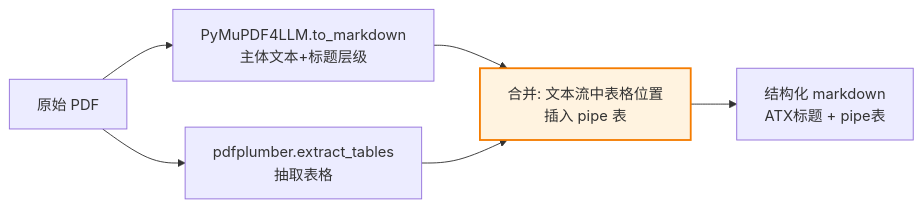
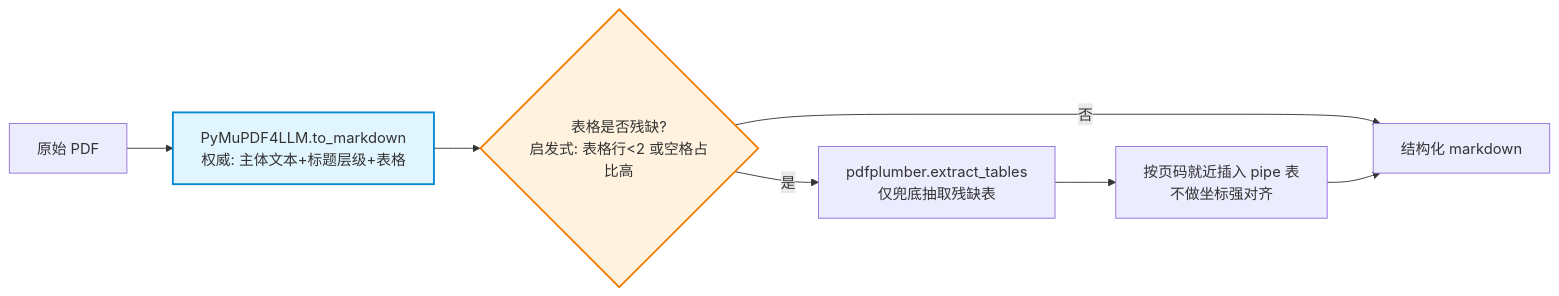
One commit to Laughingtt/kb-retrieval-sys changed the first of 8 diagrams in docs/superpowers/specs/2026-07-30-p0-self-updating-kb-platform-design.md. Above: the diagram before and after it, drawn with Mermaid. The commit also changed other lines of this file and 2 other files, not shown here.

````diff
--- a/docs/superpowers/specs/2026-07-30-p0-self-updating-kb-platform-design.md
+++ b/docs/superpowers/specs/2026-07-30-p0-self-updating-kb-platform-design.md
@@ -304,9 +309,11 @@
 ```mermaid
 flowchart LR
-    PDF[原始 PDF] --> M1[PyMuPDF4LLM.to_markdown<br/>主体文本+标题层级]
-    PDF --> M2[pdfplumber.extract_tables<br/>抽取表格]
-    M1 --> MERGE[合并: 文本流中表格位置<br/>插入 pipe 表]
-    M2 --> MERGE
-    MERGE --> MD[结构化 markdown<br/>ATX标题 + pipe表]
-    style MERGE fill:#fff3e0,stroke:#f57c00,stroke-width:2px
+    PDF[原始 PDF] --> M1[PyMuPDF4LLM.to_markdown<br/>权威: 主体文本+标题层级+表格]
+    M1 --> CHK{表格是否残缺?<br/>启发式: 表格行<2 或空格占比高}
+    CHK -->|否| MD[结构化 markdown]
+    CHK -->|是| M2[pdfplumber.extract_tables<br/>仅兜底抽取残缺表]
+    M2 --> INS[按页码就近插入 pipe 表<br/>不做坐标强对齐]
+    INS --> MD
+    style M1 fill:#e1f5ff,stroke:#0288d1,stroke-width:2px
+    style CHK fill:#fff3e0,stroke:#f57c00,stroke-width:2px
 ```
````
